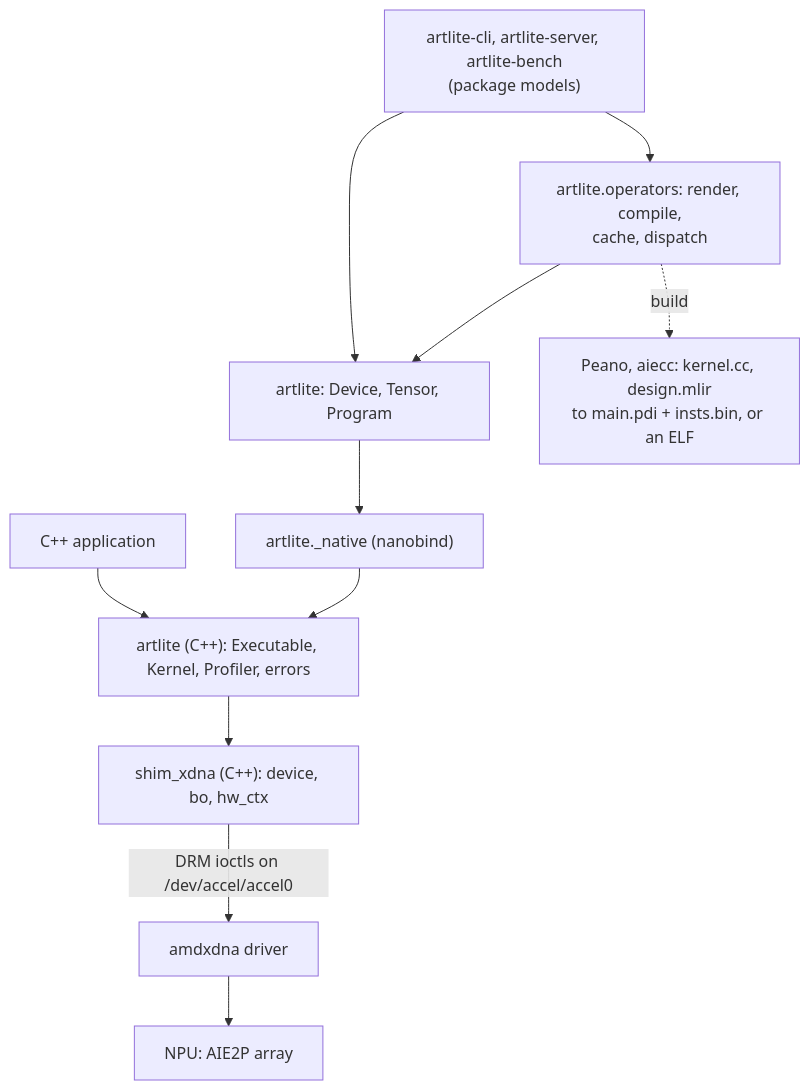
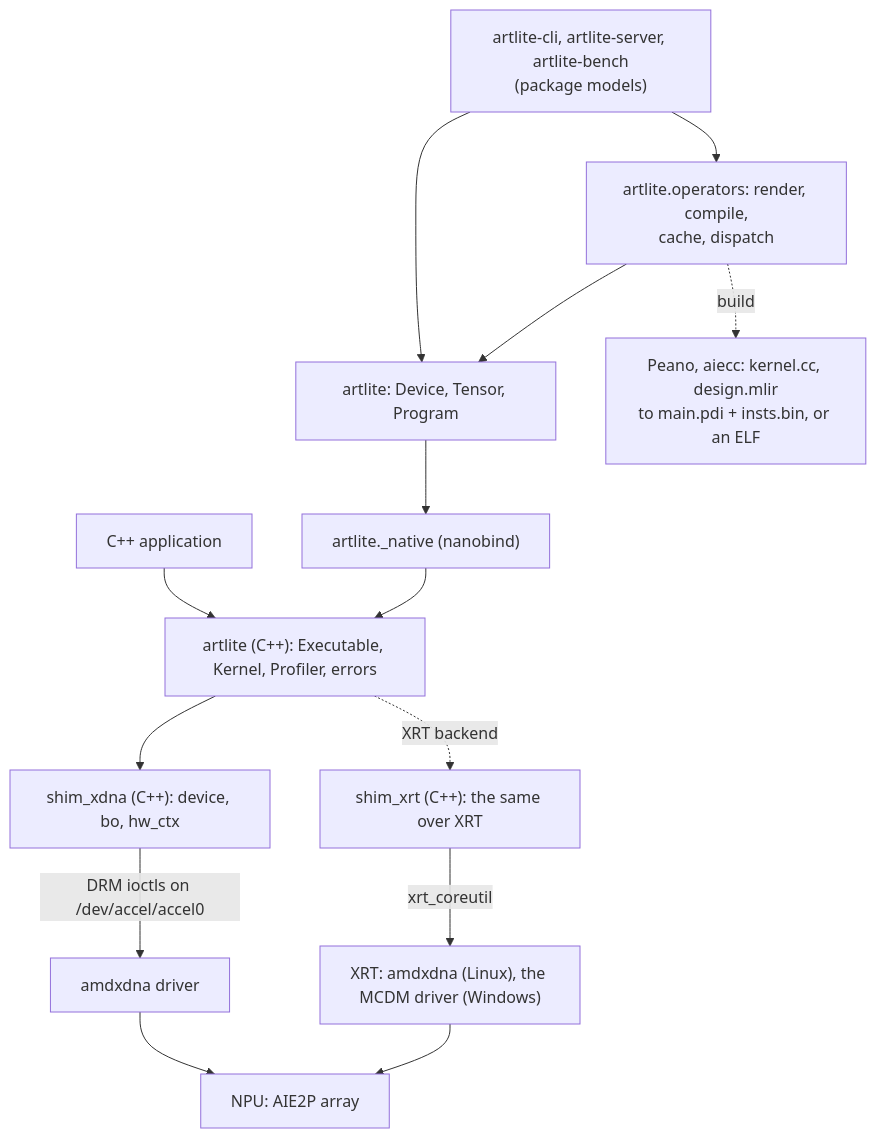
The diagram in docs/design.md (artlite-project/artlite), drawn with Mermaid before and after one commit. The commit also changed other lines of this file and 32 other files, not shown here.

````diff
--- a/docs/design.md
+++ b/docs/design.md
@@ -18,12 +19,14 @@
 ```mermaid
 flowchart TB
     tools["artlite-cli, artlite-server, artlite-bench<br>(package models)"] --> ops
     tools --> py
     ops["artlite.operators: render, compile,<br>cache, dispatch"] --> py
     ops -.->|build| tc["Peano, aiecc: kernel.cc, design.mlir<br>to main.pdi + insts.bin, or an ELF"]
     py["artlite: Device, Tensor, Program"] --> nat["artlite._native (nanobind)"]
     capp["C++ application"] --> cpp
     nat --> cpp["artlite (C++): Executable, Kernel, Profiler, errors"]
     cpp --> shim["shim_xdna (C++): device, bo, hw_ctx"]
     shim -->|"DRM ioctls on /dev/accel/accel0"| drv["amdxdna driver"] --> npu["NPU: AIE2P array"]
+    cpp -.->|"XRT backend"| xshim["shim_xrt (C++): the same over XRT"]
+    xshim -->|"xrt_coreutil"| xrt["XRT: amdxdna (Linux), the MCDM driver (Windows)"] --> npu
 ```
````
